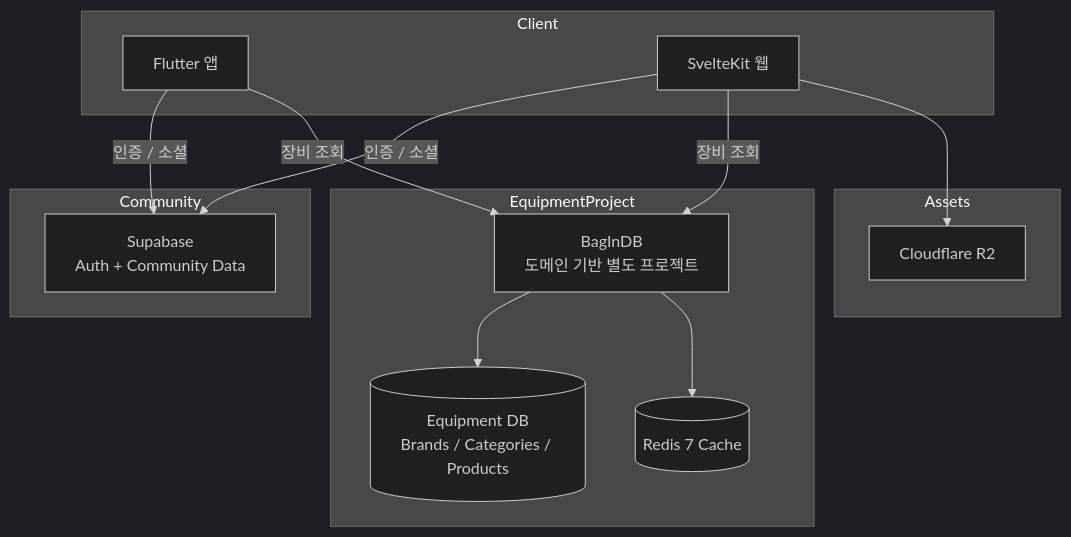
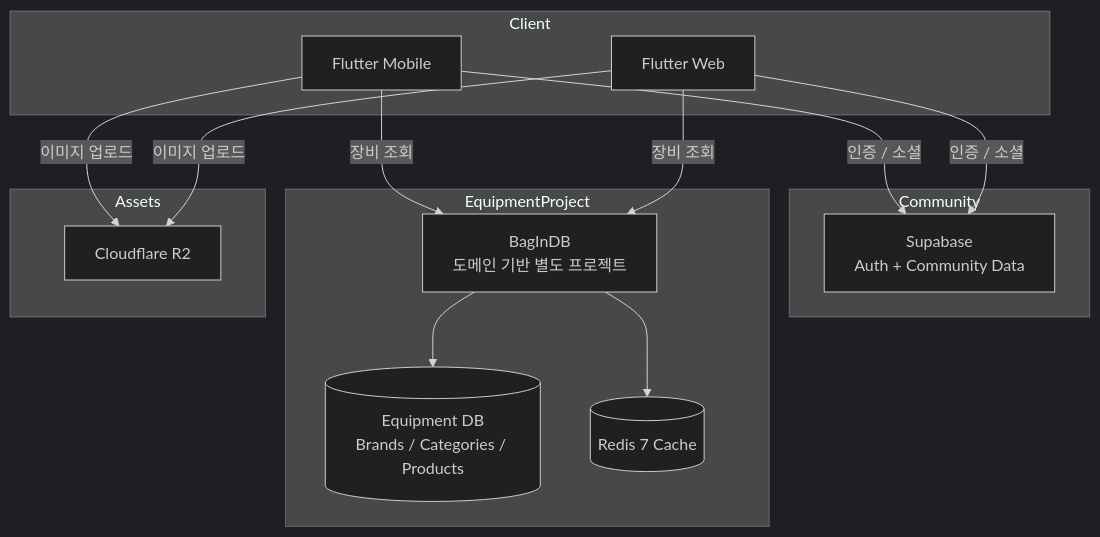
One commit to BbangMxn/BagInCoffee changed the diagram in README.md. Above: the diagram before and after it, drawn with Mermaid (dark theme). The commit also changed other lines of this file, not shown here.

Commit message:
Clarify Flutter web and mobile migration

````diff
--- a/README.md
+++ b/README.md
@@ -134,29 +134,30 @@
 ```mermaid
 graph TB
     subgraph Client
-        A[Flutter 앱]
-        B[SvelteKit 웹]
+        A[Flutter Mobile]
+        B[Flutter Web]
     end
 
     subgraph Community
         G[Supabase\nAuth + Community Data]
     end
 
     subgraph EquipmentProject
         C[BagInDB\n도메인 기반 별도 프로젝트]
         D[(Equipment DB\nBrands / Categories / Products)]
         E[(Redis 7 Cache)]
     end
 
     subgraph Assets
         F[Cloudflare R2]
     end
 
     A -->|인증 / 소셜| G
     B -->|인증 / 소셜| G
     A -->|장비 조회| C
     B -->|장비 조회| C
     C --> D
     C --> E
-    B --> F
+    A -->|이미지 업로드| F
+    B -->|이미지 업로드| F
 ```
````
